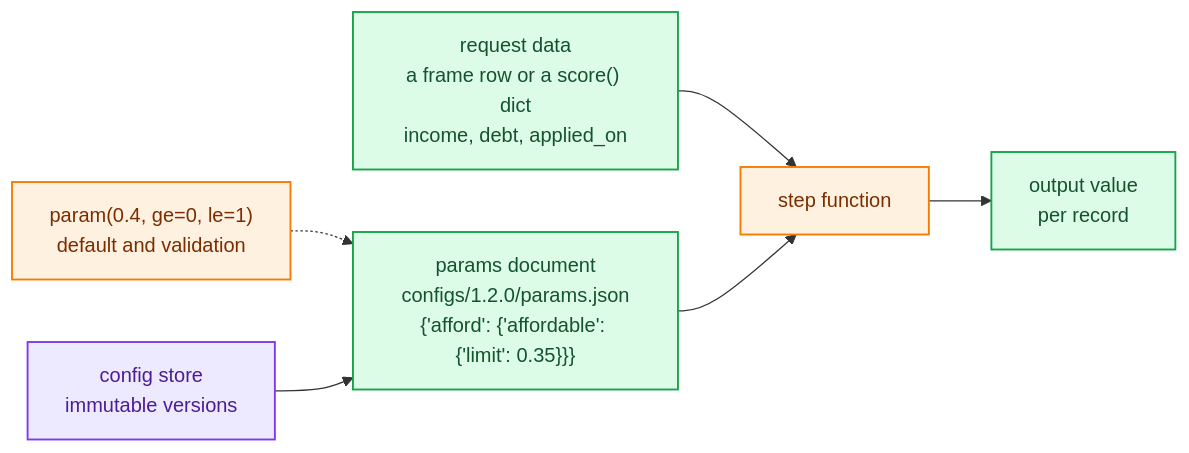
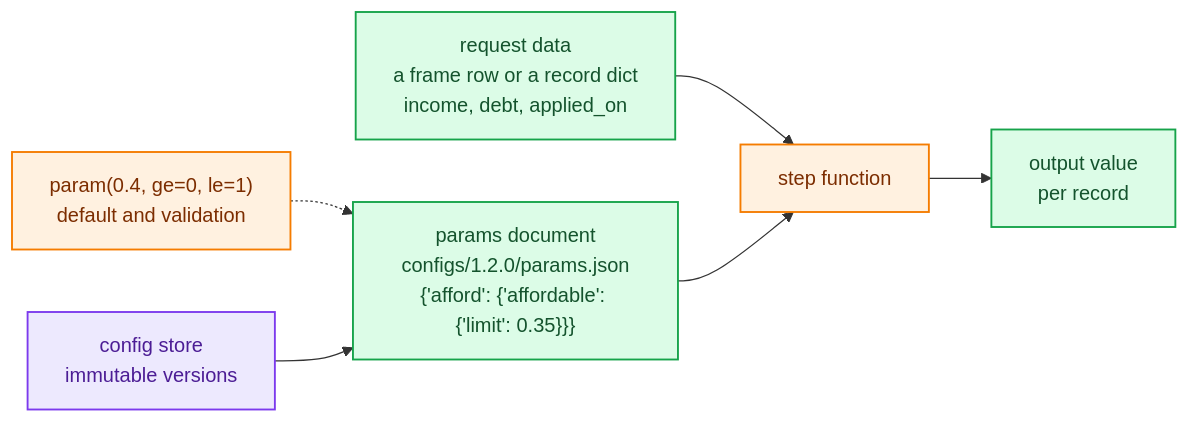
One commit to capitec/dsp-decision-engine changed the first of 2 diagrams in docs/concepts.md. Above: the diagram before and after it, drawn with Mermaid. The commit also changed other lines of this file and 55 other files, not shown here.

Commit message:
docs: run takes a dict record or a frame; every score example and mention now says run, and the engine decision records the dispatch order and its cost

````diff
--- a/docs/concepts.md
+++ b/docs/concepts.md
@@ -25,11 +25,11 @@
 ```mermaid
 flowchart LR
-    req["request data<br/>a frame row or a score() dict<br/>income, debt, applied_on"]:::data --> step["step function"]:::authoring
+    req["request data<br/>a frame row or a record dict<br/>income, debt, applied_on"]:::data --> step["step function"]:::authoring
     doc["params document<br/>configs/1.2.0/params.json<br/>{'afford': {'affordable': {'limit': 0.35}}}"]:::data --> step
     decl["param(0.4, ge=0, le=1)<br/>default and validation"]:::authoring -.-> doc
     store["config store<br/>immutable versions"]:::tooling --> doc
     step --> out["output value<br/>per record"]:::data
     classDef authoring fill:#fff1e0,stroke:#f57c00,color:#7c2d00,stroke-width:1.5px;
     classDef data fill:#dcfce7,stroke:#16a34a,color:#14532d,stroke-width:1.5px;
     classDef tooling fill:#ede9fe,stroke:#7c3aed,color:#4c1d95,stroke-width:1.5px;
 ```
````
